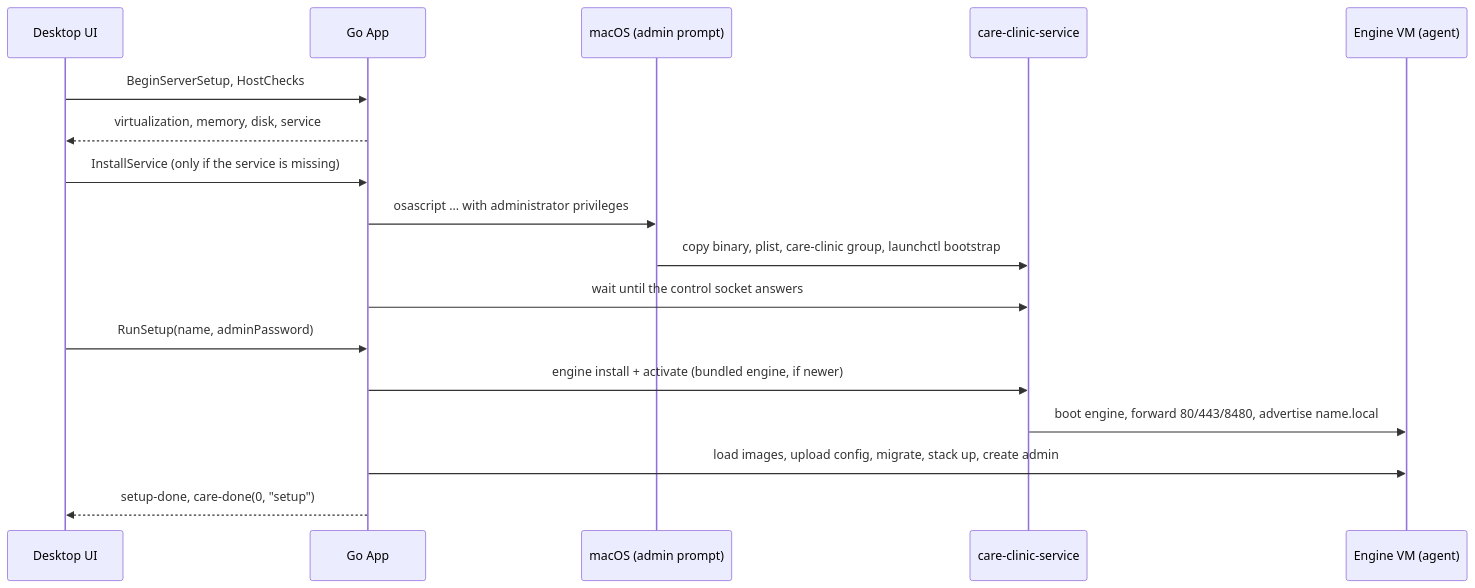
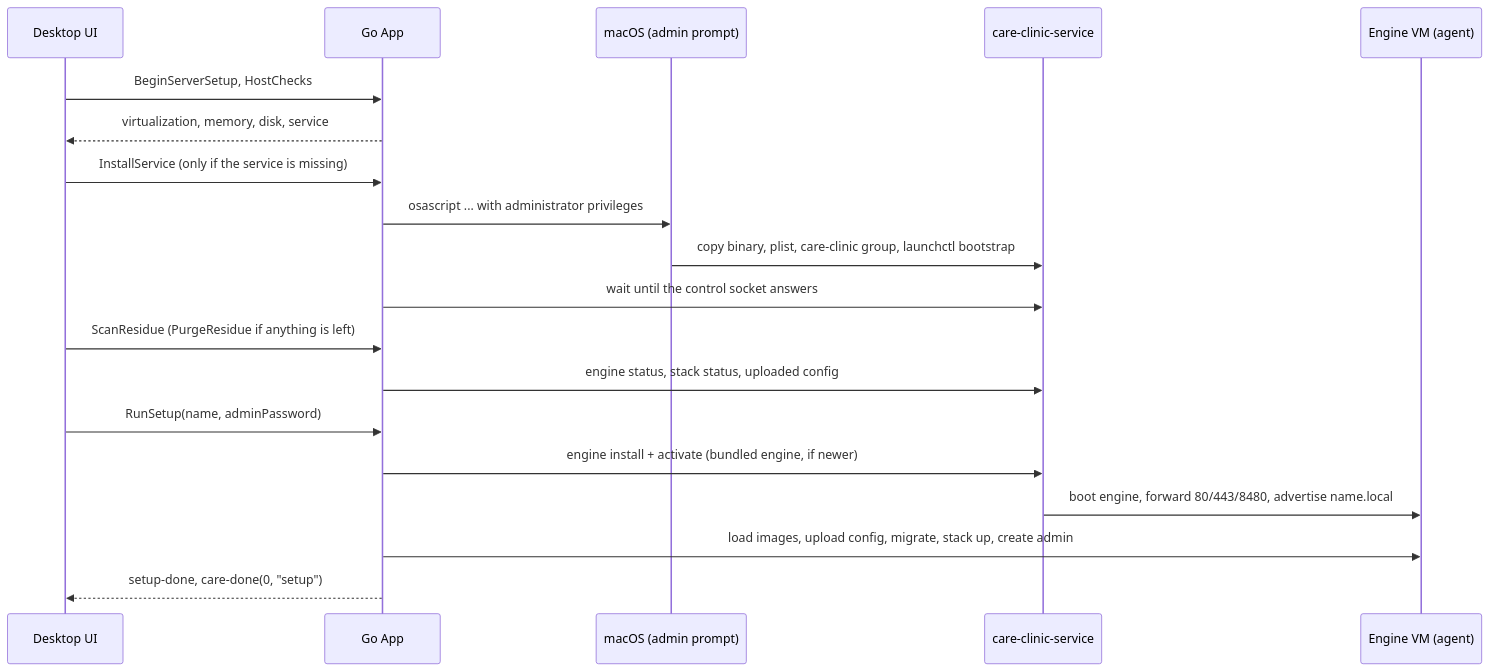
The diagram in docs/onboarding.md (praffq/care_clinic), drawn with Mermaid before and after one commit. The commit also changed other lines of this file and 23 other files, not shown here.

````diff
--- a/docs/onboarding.md
+++ b/docs/onboarding.md
@@ -15,19 +16,21 @@
 ```mermaid
 sequenceDiagram
     participant UI as Desktop UI
     participant App as Go App
     participant OS as macOS (admin prompt)
     participant Svc as care-clinic-service
     participant VM as Engine VM (agent)
     UI->>App: BeginServerSetup, HostChecks
     App-->>UI: virtualization, memory, disk, service
     UI->>App: InstallService (only if the service is missing)
     App->>OS: osascript ... with administrator privileges
     OS->>Svc: copy binary, plist, care-clinic group, launchctl bootstrap
     App->>Svc: wait until the control socket answers
+    UI->>App: ScanResidue (PurgeResidue if anything is left)
+    App->>Svc: engine status, stack status, uploaded config
     UI->>App: RunSetup(name, adminPassword)
     App->>Svc: engine install + activate (bundled engine, if newer)
     Svc->>VM: boot engine, forward 80/443/8480, advertise name.local
     App->>VM: load images, upload config, migrate, stack up, create admin
     App-->>UI: setup-done, care-done(0, "setup")
 ```
````
